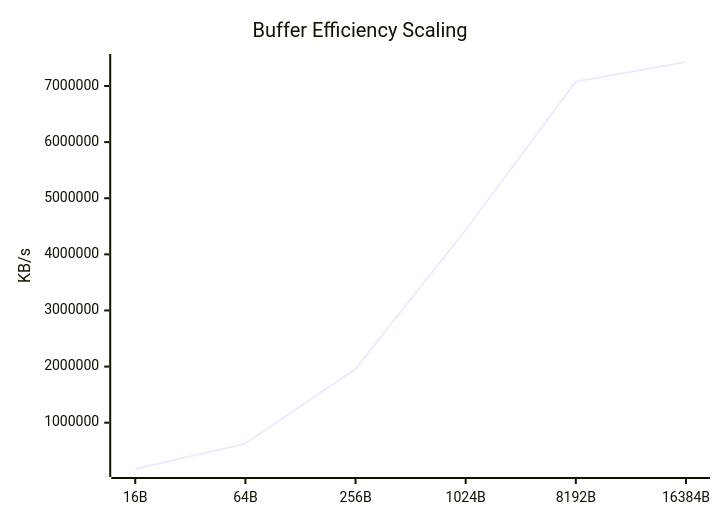
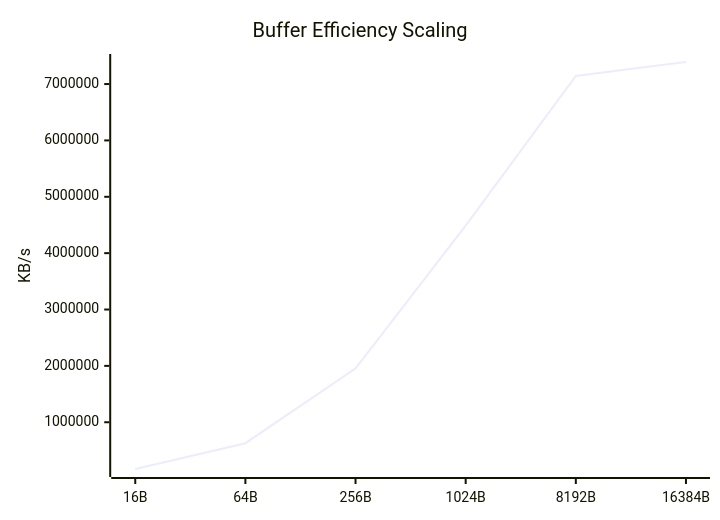
The seventh of 9 diagrams in docs/Comparison_Report.md (taha2samy/openssl_fips), drawn with Mermaid before and after one commit. The commit also changed other lines of this file and 3 other files, not shown here.

````diff
--- a/docs/Comparison_Report.md
+++ b/docs/Comparison_Report.md
@@ -110,7 +110,7 @@
 ```mermaid
 xychart-beta
     title "Buffer Efficiency Scaling"
     x-axis [16B, 64B, 256B, 1024B, 8192B, 16384B]
     y-axis "KB/s"
-    line [174768.26, 626183.9, 1958482.82, 4435612.16, 7078047.74, 7427973.12]
+    line [170526.12, 628210.46, 1955358.34, 4489903.1, 7144599.55, 7391281.15]
 ```
````
